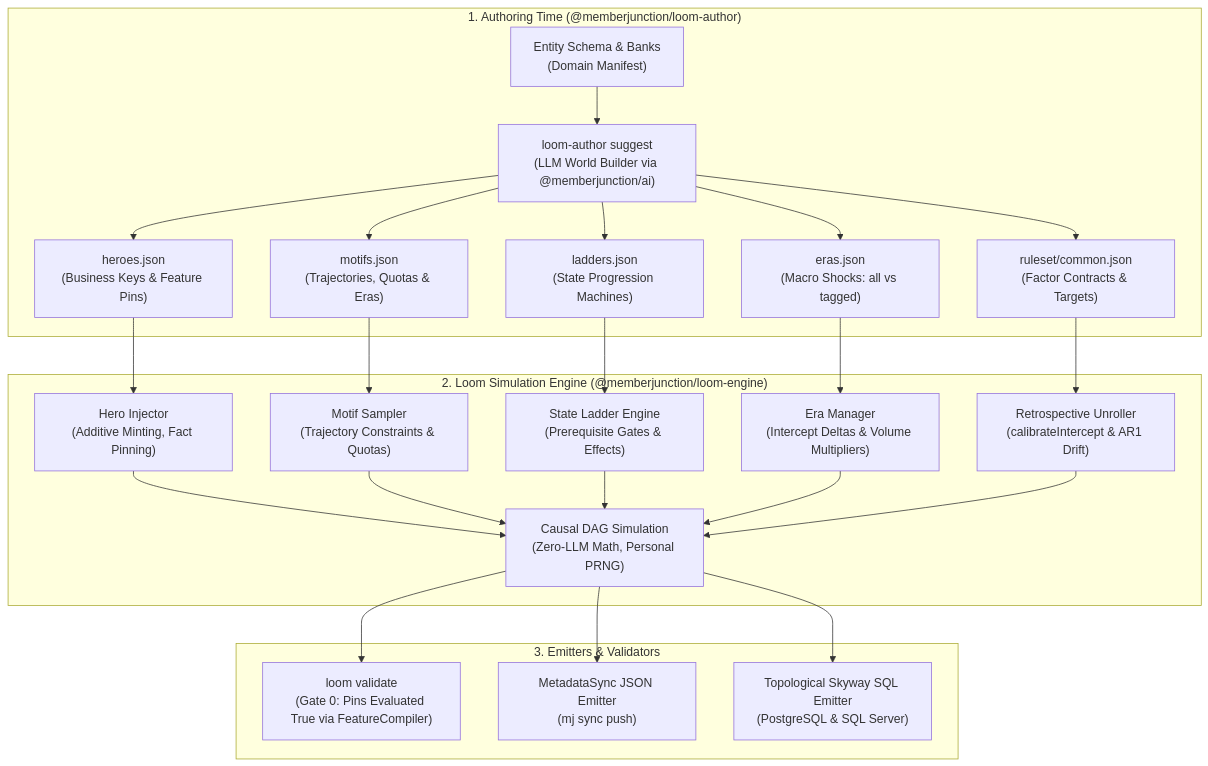
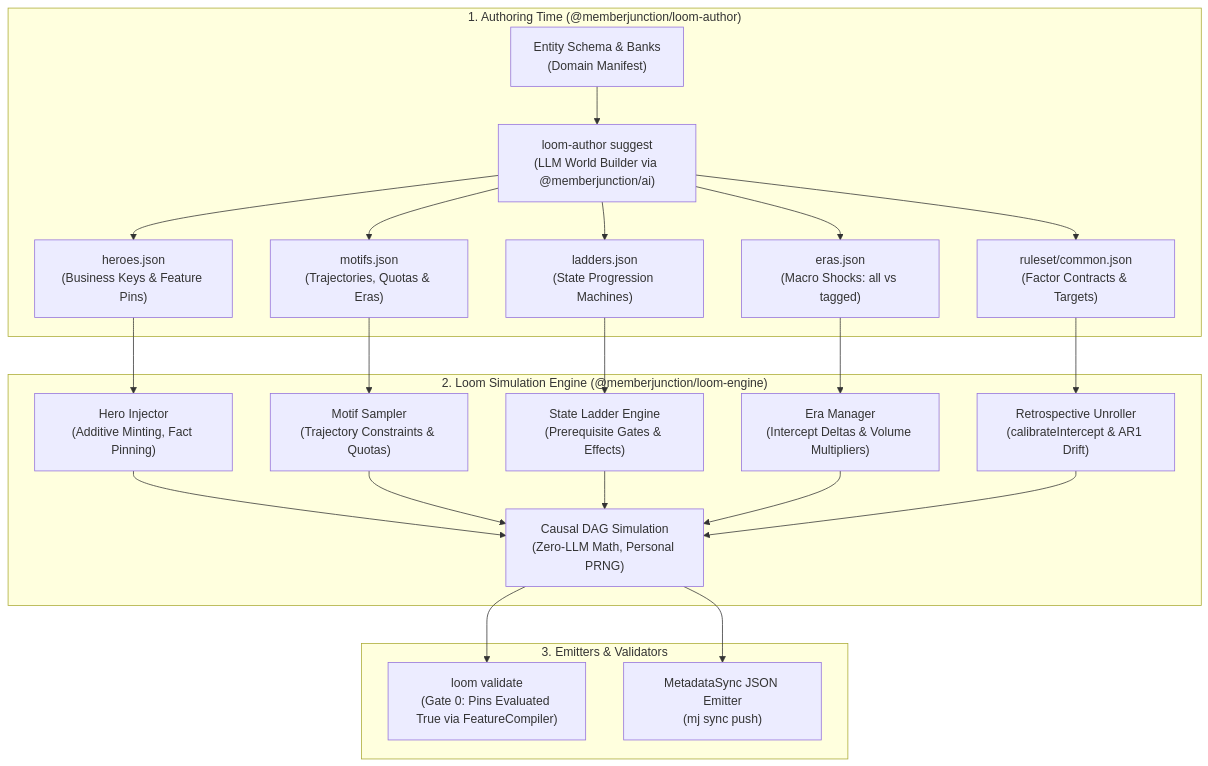
One commit to MemberJunction/loom changed the diagram in plans/02-personas-motifs-and-retrospective-simulation.md. Above: the diagram before and after it, drawn with Mermaid. The commit also changed other lines of this file and 21 other files, not shown here.

````diff
--- a/plans/02-personas-motifs-and-retrospective-simulation.md
+++ b/plans/02-personas-motifs-and-retrospective-simulation.md
@@ -40,31 +40,30 @@
 ```mermaid
 flowchart TD
     subgraph AuthoringPhase ["1. Authoring Time (@memberjunction/loom-author)"]
         ES["Entity Schema & Banks<br/>(Domain Manifest)"] --> LS["loom-author suggest<br/>(LLM World Builder via @memberjunction/ai)"]
         LS --> HF["heroes.json<br/>(Business Keys & Feature Pins)"]
         LS --> MF["motifs.json<br/>(Trajectories, Quotas & Eras)"]
         LS --> LF["ladders.json<br/>(State Progression Machines)"]
         LS --> EF["eras.json<br/>(Macro Shocks: all vs tagged)"]
         LS --> RF["ruleset/common.json<br/>(Factor Contracts & Targets)"]
     end
 
     subgraph DeterministicEngine ["2. Loom Simulation Engine (@memberjunction/loom-engine)"]
         HF --> HI["Hero Injector<br/>(Additive Minting, Fact Pinning)"]
         MF --> MS["Motif Sampler<br/>(Trajectory Constraints & Quotas)"]
         LF --> SL["State Ladder Engine<br/>(Prerequisite Gates & Effects)"]
         EF --> EM["Era Manager<br/>(Intercept Deltas & Volume Multipliers)"]
         RF --> RU["Retrospective Unroller<br/>(calibrateIntercept & AR1 Drift)"]
         
         HI --> GEN["Causal DAG Simulation<br/>(Zero-LLM Math, Personal PRNG)"]
         MS --> GEN
         SL --> GEN
         EM --> GEN
         RU --> GEN
     end
 
     subgraph Outputs ["3. Emitters & Validators"]
         GEN --> VAL["loom validate<br/>(Gate 0: Pins Evaluated True via FeatureCompiler)"]
         GEN --> MSYNC["MetadataSync JSON Emitter<br/>(mj sync push)"]
-        GEN --> SKY["Topological Skyway SQL Emitter<br/>(PostgreSQL & SQL Server)"]
     end
 ```
````
